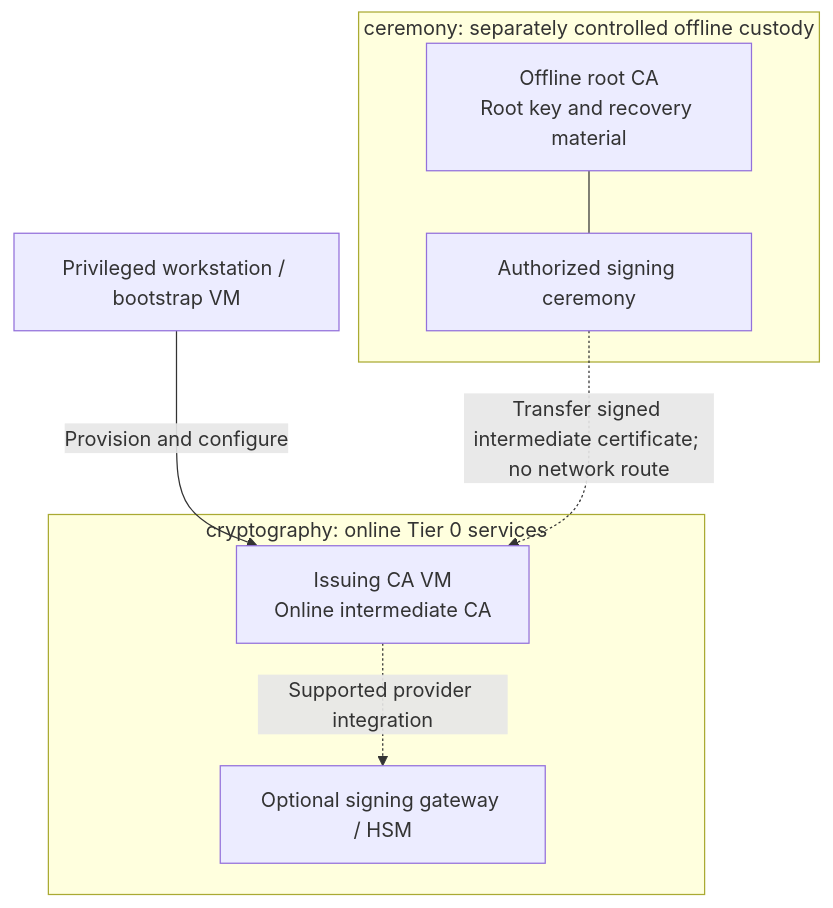
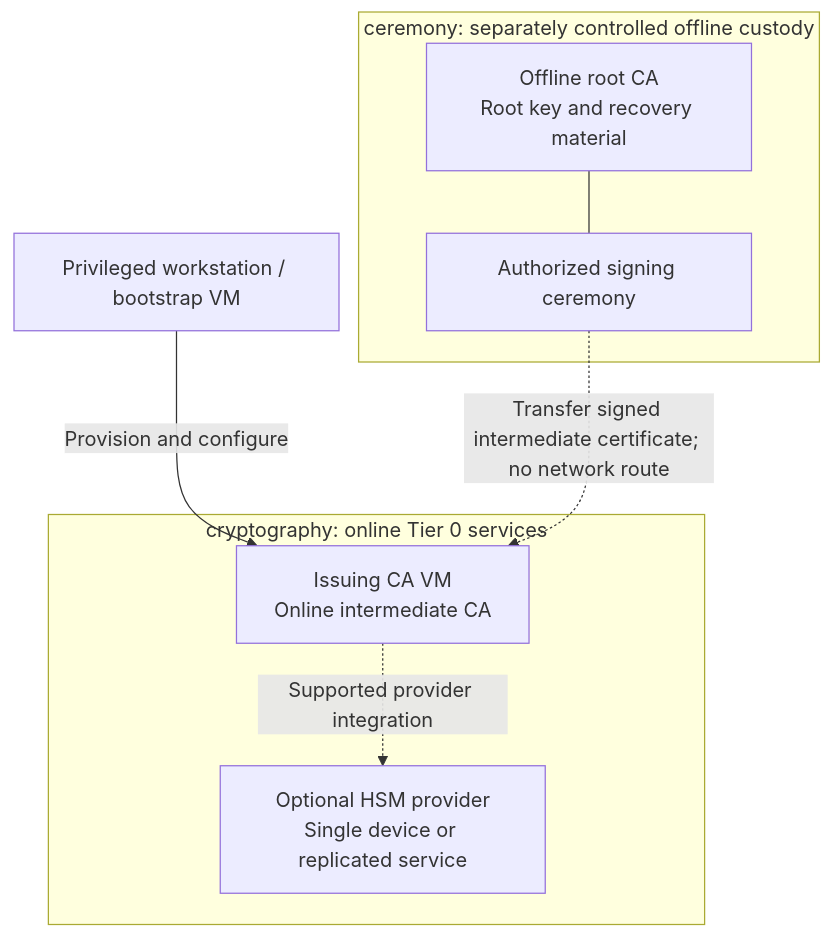
The diagram in docs/deployment/stage-2-trust/README.md (Rexus/homelab), drawn with Mermaid before and after one commit. The commit also changed other lines of this file and 104 other files, not shown here.

````diff
--- a/docs/deployment/stage-2-trust/README.md
+++ b/docs/deployment/stage-2-trust/README.md
@@ -17,16 +17,16 @@
 ```mermaid
 flowchart TB
   Bootstrap["Privileged workstation / bootstrap VM"]
   subgraph Offline["ceremony: separately controlled offline custody"]
     Root["Offline root CA<br/>Root key and recovery material"]
     Ceremony["Authorized signing ceremony"]
     Root --- Ceremony
   end
   subgraph Crypto["cryptography: online Tier 0 services"]
     Issuer["Issuing CA VM<br/>Online intermediate CA"]
-    Hardware["Optional signing gateway / HSM"]
+    Hardware["Optional HSM provider<br/>Single device or replicated service"]
     Issuer -. Supported provider integration .-> Hardware
   end
   Bootstrap -->|Provision and configure| Issuer
   Ceremony -. "Transfer signed intermediate certificate; no network route" .-> Issuer
 ```
````
